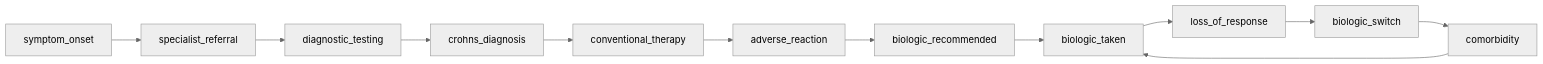
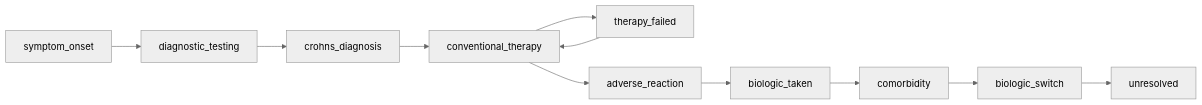
One commit to carecodeconnect/crohnicity changed diagram 13 of 50 in docs/referral_pathways.md. Above: the diagram before and after it, drawn with Mermaid. The commit also changed other lines of this file and 136 other files, not shown here.

````diff
--- a/docs/referral_pathways.md
+++ b/docs/referral_pathways.md
@@ -445,26 +493,24 @@
 ``` mermaid
 %%{init: {'theme':'neutral'}}%%
 flowchart LR
     n0["symptom_onset"]
-    n1["specialist_referral"]
-    n2["diagnostic_testing"]
-    n3["crohns_diagnosis"]
-    n4["conventional_therapy"]
+    n1["diagnostic_testing"]
+    n2["crohns_diagnosis"]
+    n3["conventional_therapy"]
+    n4["therapy_failed"]
     n5["adverse_reaction"]
-    n6["biologic_recommended"]
-    n7["biologic_taken"]
-    n8["loss_of_response"]
-    n9["biologic_switch"]
-    n10["comorbidity"]
+    n6["biologic_taken"]
+    n7["comorbidity"]
+    n8["biologic_switch"]
+    n9["unresolved"]
     n0 -->n1
     n1 -->n2
     n2 -->n3
     n3 -->n4
-    n4 -->n5
+    n4 -->n3
+    n3 -->n5
     n5 -->n6
     n6 -->n7
     n7 -->n8
     n8 -->n9
-    n9 -->n10
-    n10 -->n7
 ```
````
